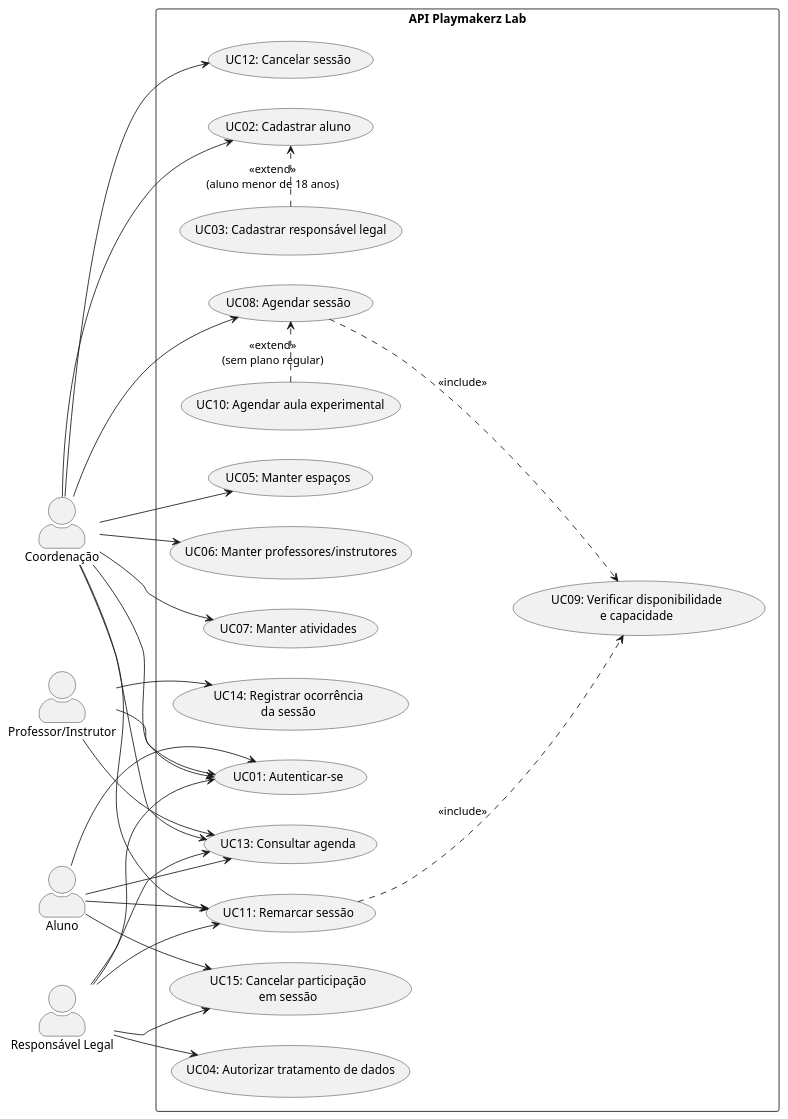
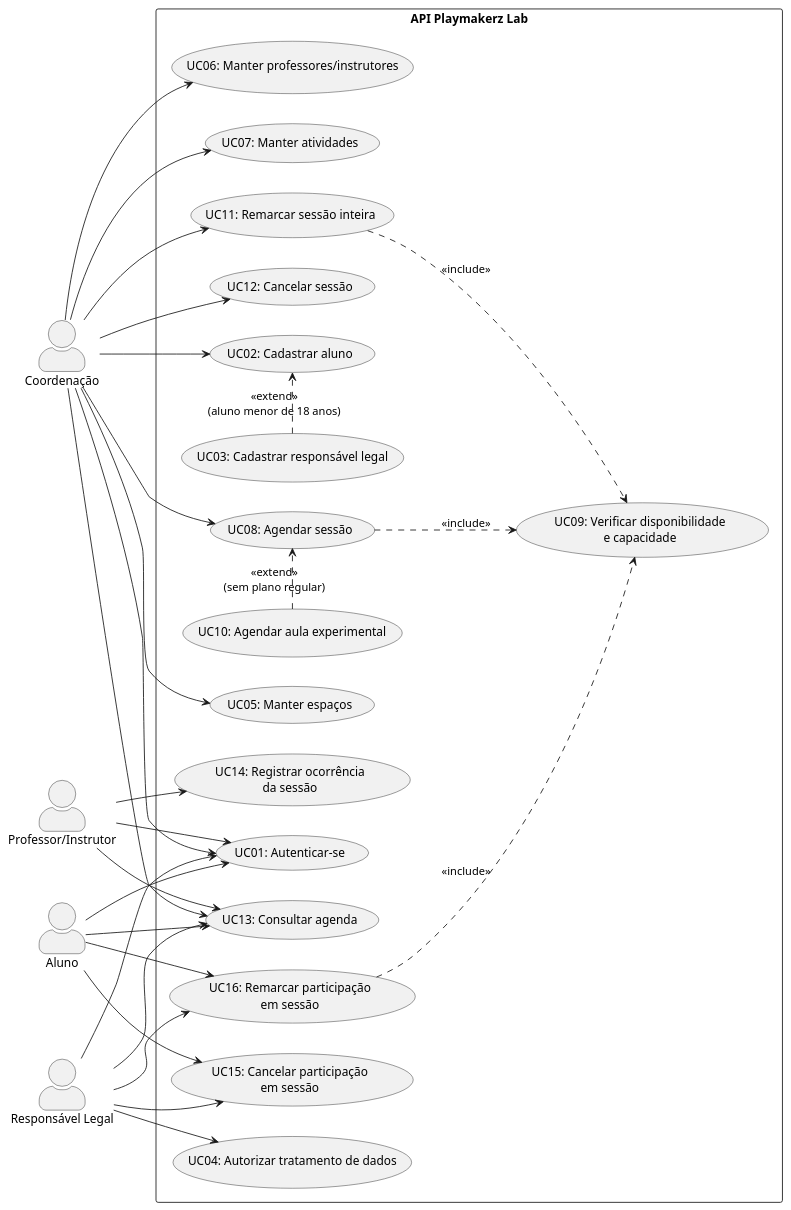
Before and after one commit to Projetos-de-Extensao/PECDII_26.2_8001_I: the diagram in docs/Elaboracao/casos_de_uso.md, drawn with PlantUML. The commit also changed other lines of this file and 1 other file, not shown here.

````diff
--- a/docs/Elaboracao/casos_de_uso.md
+++ b/docs/Elaboracao/casos_de_uso.md
@@ -49,61 +50,63 @@
 ```plantuml
 @startuml pkz_lab_casos_de_uso
 left to right direction
 skinparam actorStyle awesome
 skinparam packageStyle rectangle
 
 actor "Coordenação" as Coord
 actor "Professor/Instrutor" as Prof
 actor "Aluno" as Aluno
 actor "Responsável Legal" as Resp
 
 rectangle "API Playmakerz Lab" {
   usecase "UC01: Autenticar-se" as UC01
   usecase "UC02: Cadastrar aluno" as UC02
   usecase "UC03: Cadastrar responsável legal" as UC03
   usecase "UC04: Autorizar tratamento de dados" as UC04
   usecase "UC05: Manter espaços" as UC05
   usecase "UC06: Manter professores/instrutores" as UC06
   usecase "UC07: Manter atividades" as UC07
   usecase "UC08: Agendar sessão" as UC08
   usecase "UC09: Verificar disponibilidade\ne capacidade" as UC09
   usecase "UC10: Agendar aula experimental" as UC10
-  usecase "UC11: Remarcar sessão" as UC11
+  usecase "UC11: Remarcar sessão inteira" as UC11
   usecase "UC12: Cancelar sessão" as UC12
   usecase "UC13: Consultar agenda" as UC13
   usecase "UC14: Registrar ocorrência\nda sessão" as UC14
   usecase "UC15: Cancelar participação\nem sessão" as UC15
+  usecase "UC16: Remarcar participação\nem sessão" as UC16
 }
 
 Coord --> UC01
 Coord --> UC02
 Coord --> UC05
 Coord --> UC06
 Coord --> UC07
 Coord --> UC08
 Coord --> UC11
 Coord --> UC12
 Coord --> UC13
 
 Prof --> UC01
 Prof --> UC13
 Prof --> UC14
 
 Aluno --> UC01
-Aluno --> UC11
+Aluno --> UC16
 Aluno --> UC15
 Aluno --> UC13
 
 Resp --> UC01
 Resp --> UC04
-Resp --> UC11
+Resp --> UC16
 Resp --> UC15
 Resp --> UC13
 
 UC03 .> UC02 : <<extend>>\n(aluno menor de 18 anos)
 UC08 ..> UC09 : <<include>>
 UC11 ..> UC09 : <<include>>
+UC16 ..> UC09 : <<include>>
 UC10 .> UC08 : <<extend>>\n(sem plano regular)
 
 @enduml
 ```
````
